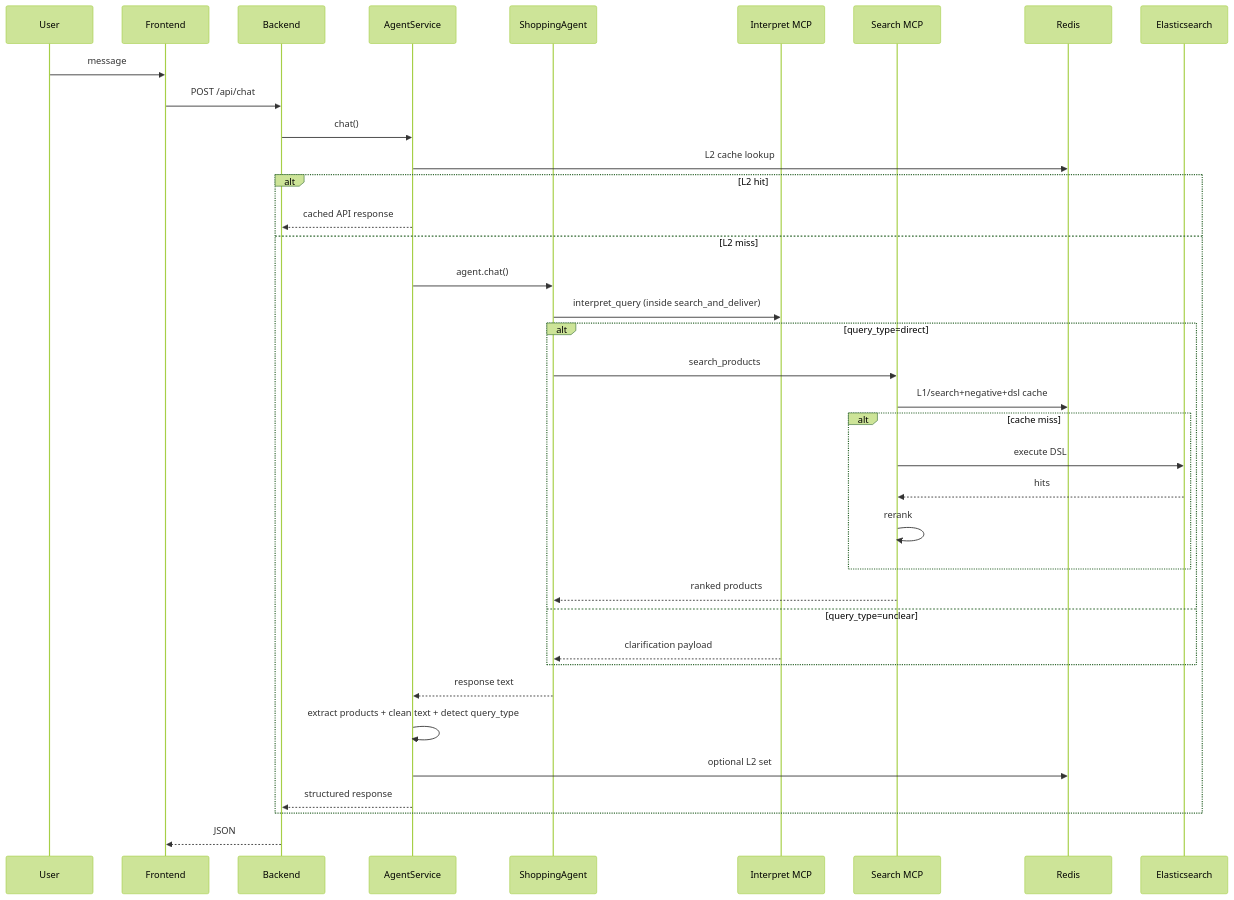
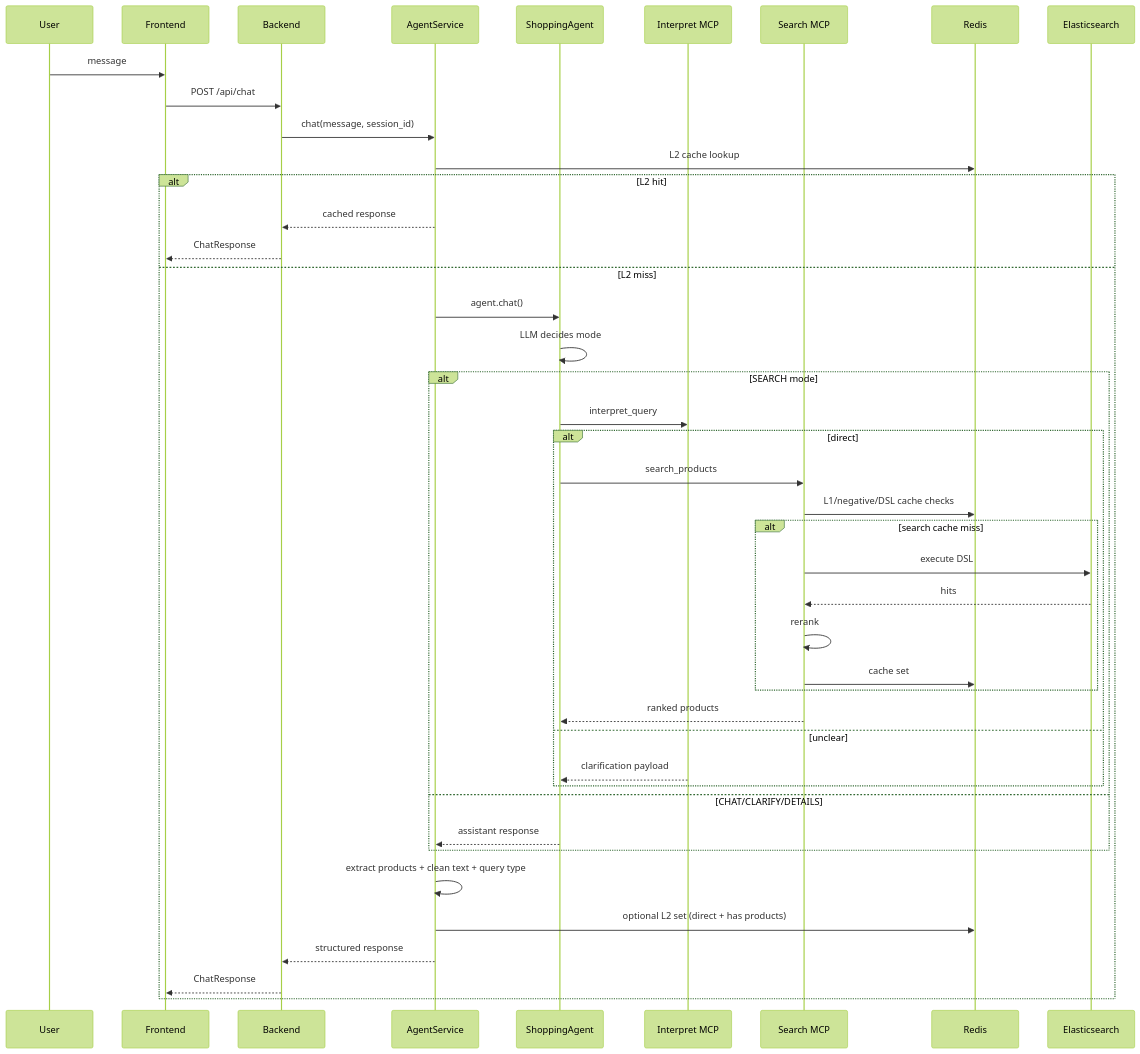
The second of 3 diagrams in docs/en/ARCHITECTURE.md (11linear11/ShoppingAiAssistant), drawn with Mermaid (forest theme) before and after one commit. The commit also changed other lines of this file and 10 other files, not shown here.

Commit message:
Rewrite full project docs with updated architecture schematics

````diff
--- a/docs/en/ARCHITECTURE.md
+++ b/docs/en/ARCHITECTURE.md
@@ -53,40 +46,47 @@
 ```mermaid
 sequenceDiagram
   participant U as User
   participant FE as Frontend
   participant BE as Backend
   participant AS as AgentService
   participant AG as ShoppingAgent
   participant IN as Interpret MCP
   participant SE as Search MCP
   participant RD as Redis
   participant ES as Elasticsearch
 
   U->>FE: message
   FE->>BE: POST /api/chat
-  BE->>AS: chat()
+  BE->>AS: chat(message, session_id)
   AS->>RD: L2 cache lookup
+
   alt L2 hit
-    AS-->>BE: cached API response
+    AS-->>BE: cached response
+    BE-->>FE: ChatResponse
   else L2 miss
     AS->>AG: agent.chat()
-    AG->>IN: interpret_query (inside search_and_deliver)
-    alt query_type=direct
-      AG->>SE: search_products
-      SE->>RD: L1/search+negative+dsl cache
-      alt cache miss
-        SE->>ES: execute DSL
-        ES-->>SE: hits
-        SE->>SE: rerank
+    AG->>AG: LLM decides mode
+    alt SEARCH mode
+      AG->>IN: interpret_query
+      alt direct
+        AG->>SE: search_products
+        SE->>RD: L1/negative/DSL cache checks
+        alt search cache miss
+          SE->>ES: execute DSL
+          ES-->>SE: hits
+          SE->>SE: rerank
+          SE->>RD: cache set
+        end
+        SE-->>AG: ranked products
+      else unclear
+        IN-->>AG: clarification payload
       end
-      SE-->>AG: ranked products
-    else query_type=unclear
-      IN-->>AG: clarification payload
+    else CHAT/CLARIFY/DETAILS
+      AG-->>AS: assistant response
     end
-    AG-->>AS: response text
-    AS->>AS: extract products + clean text + detect query_type
-    AS->>RD: optional L2 set
+    AS->>AS: extract products + clean text + query type
+    AS->>RD: optional L2 set (direct + has products)
     AS-->>BE: structured response
+    BE-->>FE: ChatResponse
   end
-  BE-->>FE: JSON
 ```
````
